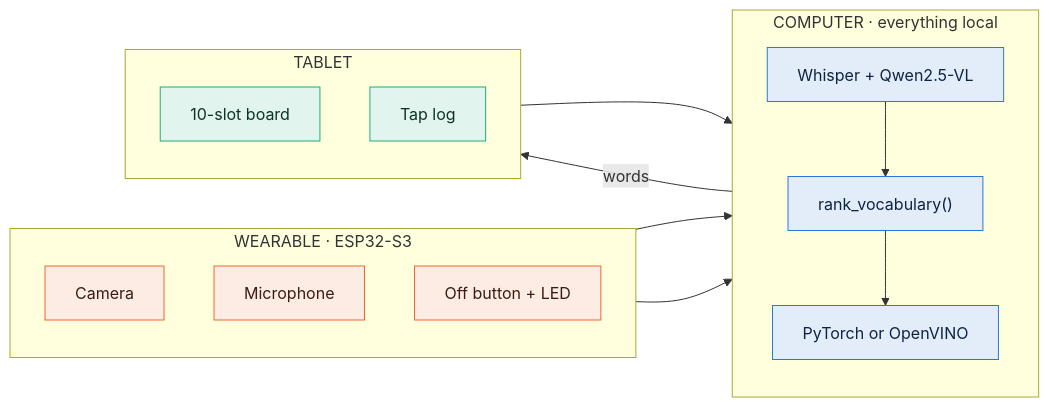
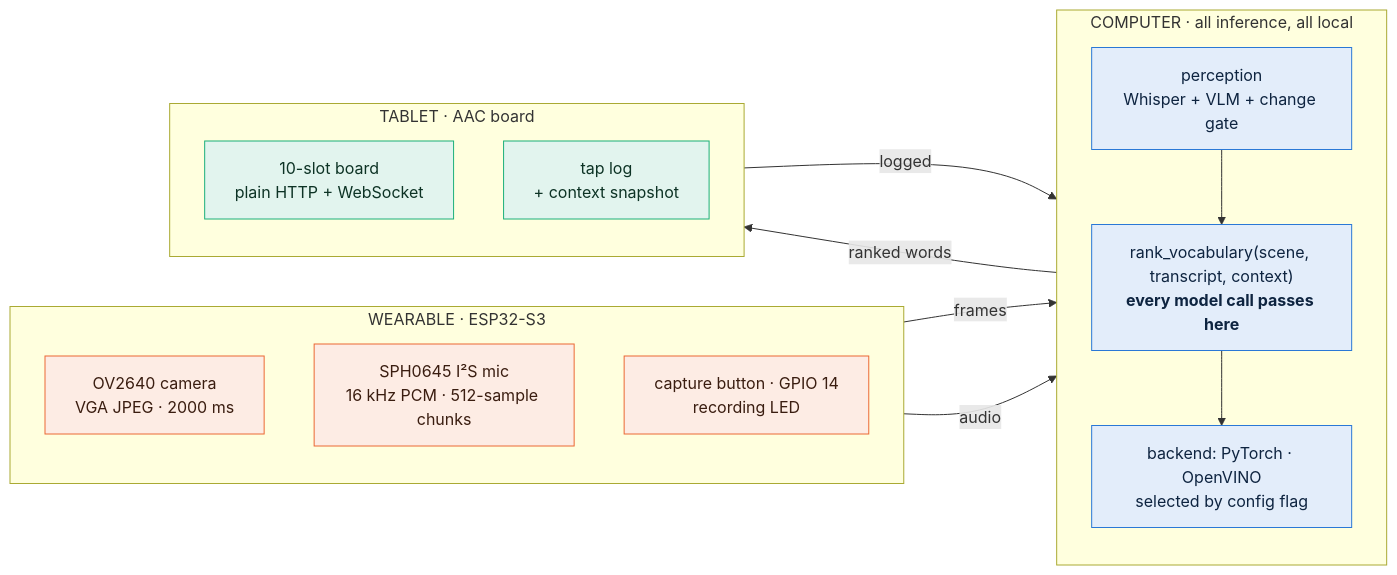
One commit to tanayvin1216/Revoce changed the first of 3 diagrams in README.md. Above: the diagram before and after it, drawn with Mermaid. The commit also changed other lines of this file and 11 other files, not shown here.

Commit message:
bring back the original charts and rewrite the readme in plainer language

````diff
--- a/README.md
+++ b/README.md
@@ -214,35 +65,35 @@
 ```mermaid
 flowchart LR
     subgraph W["WEARABLE · ESP32-S3"]
         direction TB
-        CAM["Camera"]
-        MIC["Microphone"]
-        BTN["Off button + LED"]
+        CAM["OV2640 camera<br/>VGA JPEG · 2000 ms"]
+        MIC["SPH0645 I²S mic<br/>16 kHz PCM · 512-sample chunks"]
+        BTN["capture button · GPIO 14<br/>recording LED"]
     end
 
-    subgraph M["COMPUTER · everything local"]
+    subgraph M["COMPUTER · all inference, all local"]
         direction TB
-        PERC["Whisper + Qwen2.5-VL"]
-        SEAM["rank_vocabulary()"]
-        BACK["PyTorch or OpenVINO"]
+        PERC["perception<br/>Whisper + VLM + change gate"]
+        SEAM["rank_vocabulary(scene, transcript, context)<br/><b>every model call passes here</b>"]
+        BACK["backend: PyTorch · OpenVINO<br/>selected by config flag"]
         PERC --> SEAM --> BACK
     end
 
-    subgraph T["TABLET"]
+    subgraph T["TABLET · AAC board"]
         direction TB
-        UI["10-slot board"]
-        TAP["Tap log"]
+        UI["10-slot board<br/>plain HTTP + WebSocket"]
+        TAP["tap log<br/>+ context snapshot"]
     end
 
-    CAM --> PERC
-    MIC --> PERC
-    BACK -- "words" --> UI
-    TAP --> M
+    CAM -- "frames" --> PERC
+    MIC -- "audio" --> PERC
+    BACK -- "ranked words" --> UI
+    TAP -- "logged" --> M
 
     classDef wear fill:#fdece4,stroke:#eb6834,color:#3a1d10
     classDef mac fill:#e3edfa,stroke:#2a78d6,color:#0e2440
     classDef tab fill:#e2f4ee,stroke:#1baf7a,color:#0d3325
     class CAM,MIC,BTN wear
     class PERC,SEAM,BACK mac
     class UI,TAP tab
 ```
````
